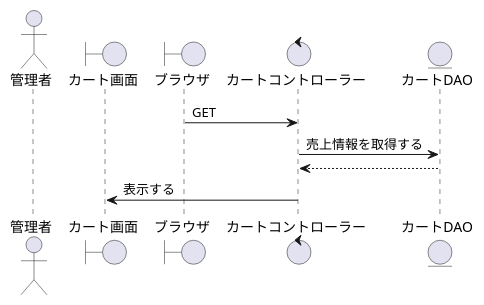
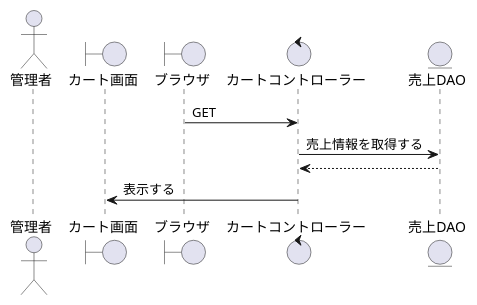
The diagram in PJ_シーケンス/農家/カテゴリ別売上レポート.wsd (SK-B-S/PJ), drawn with PlantUML before and after one commit. The commit also changed 27 other files, not shown here.

```diff
--- a/PJ_シーケンス/農家/カテゴリ別売上レポート.wsd
+++ b/PJ_シーケンス/農家/カテゴリ別売上レポート.wsd
@@ -1,16 +1,16 @@
 @startuml カテゴリ別売上レポート
 
 actor    "管理者" as act
 boundary "カート画面" as Cart_s
 boundary "ブラウザ" as brz
 control  "カートコントローラー" as Acquisition_c
-entity   "カートDAO" as Cart
+entity   "売上DAO" as Cart
 
 '-------------------------------------------------------------------------------------------
 
 brz -> Acquisition_c : GET
 Acquisition_c -> Cart : 売上情報を取得する
 Acquisition_c <-- Cart
 Cart_s <- Acquisition_c : 表示する
 
 @enduml
```
